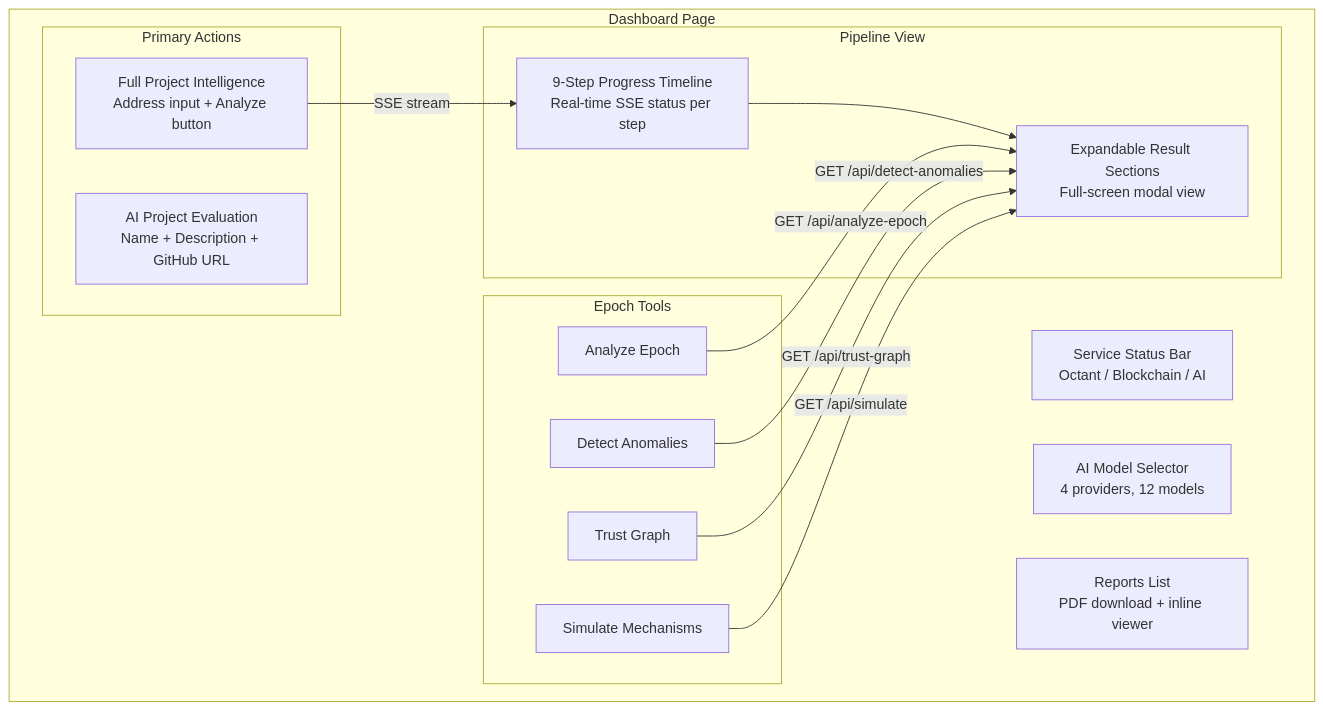
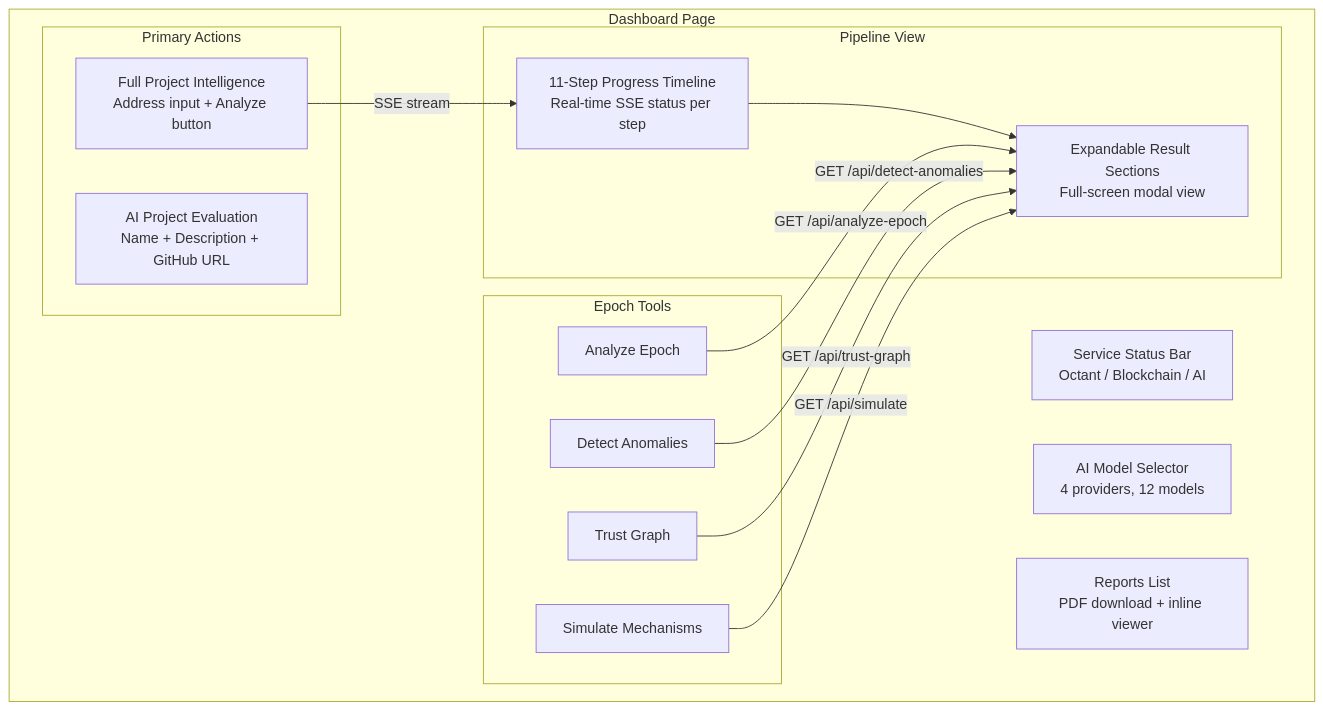
Before and after one commit to yeheskieltame/Tessera: the seventh of 8 diagrams in README.md, drawn with Mermaid. The commit also changed other lines of this file and 18 other files, not shown here.

````diff
--- a/README.md
+++ b/README.md
@@ -696,33 +774,33 @@
 ```mermaid
 flowchart TB
     subgraph "Dashboard Page"
         Status[Service Status Bar<br/>Octant / Blockchain / AI]
         Model[AI Model Selector<br/>4 providers, 12 models]
 
         subgraph "Primary Actions"
             Card1[Full Project Intelligence<br/>Address input + Analyze button]
             Card2[AI Project Evaluation<br/>Name + Description + GitHub URL]
         end
 
         subgraph "Pipeline View"
-            Steps[9-Step Progress Timeline<br/>Real-time SSE status per step]
+            Steps[11-Step Progress Timeline<br/>Real-time SSE status per step]
             Results[Expandable Result Sections<br/>Full-screen modal view]
         end
 
         subgraph "Epoch Tools"
             ET1[Analyze Epoch]
             ET2[Detect Anomalies]
             ET3[Trust Graph]
             ET4[Simulate Mechanisms]
         end
 
         Reports[Reports List<br/>PDF download + inline viewer]
     end
 
     Card1 -->|SSE stream| Steps
     Steps --> Results
     ET1 -->|GET /api/analyze-epoch| Results
     ET2 -->|GET /api/detect-anomalies| Results
     ET3 -->|GET /api/trust-graph| Results
     ET4 -->|GET /api/simulate| Results
 ```
````
